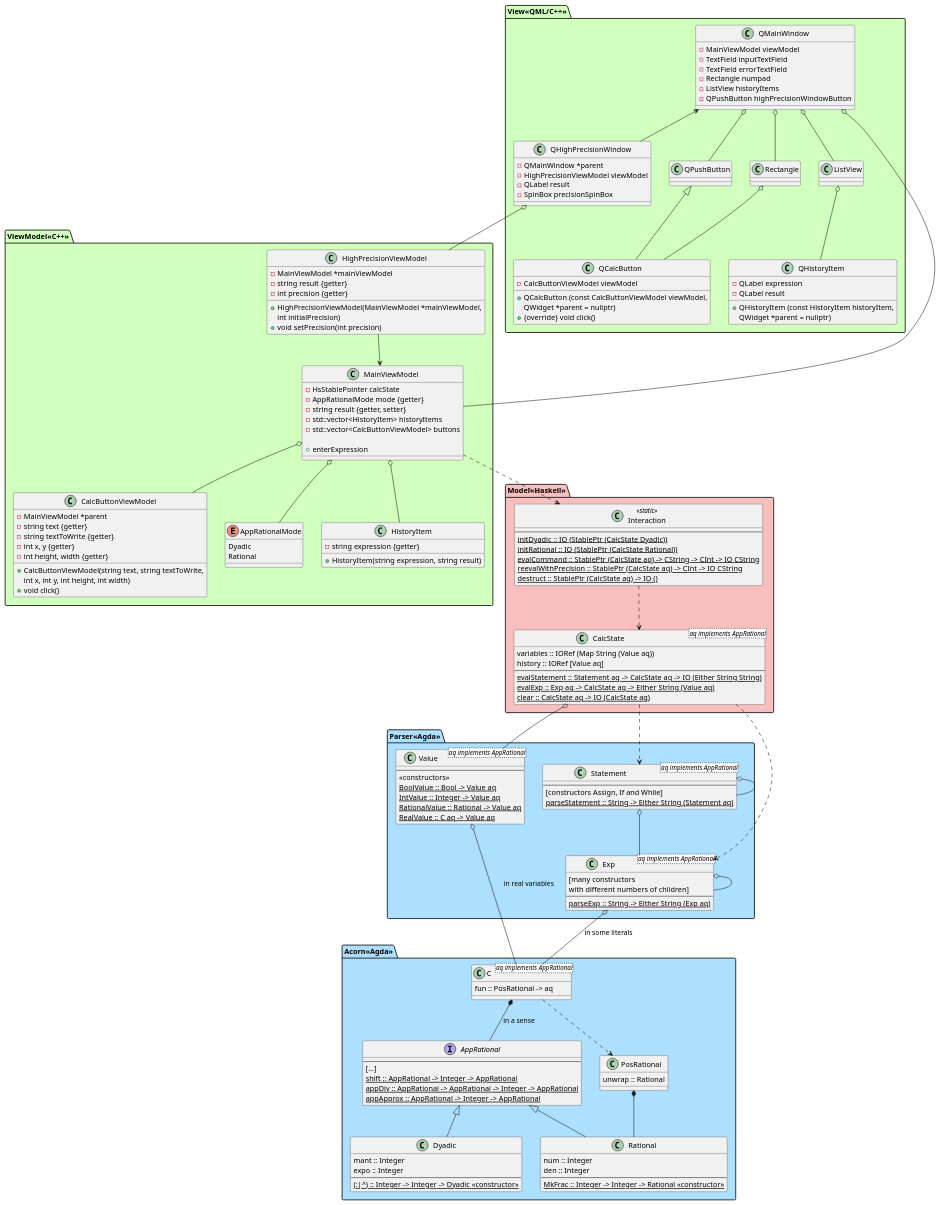
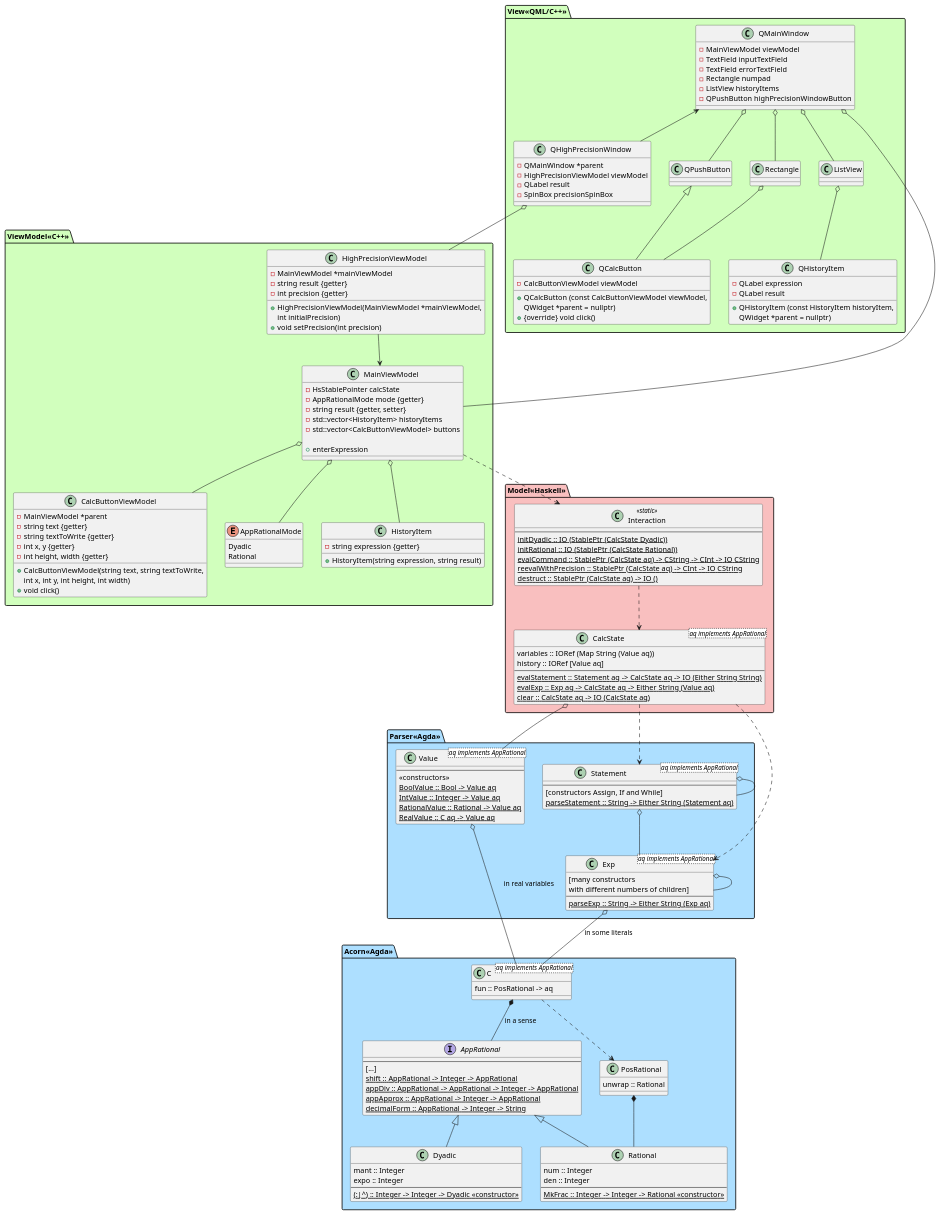
One commit to viktorcsimma/acorn-calc changed the diagram in docs/classes.puml. Above: the diagram before and after it, drawn with PlantUML. The commit also changed 2 other files, not shown here.

```diff
--- a/docs/classes.puml
+++ b/docs/classes.puml
@@ -180,6 +180,8 @@
         {static} shift :: AppRational -> Integer -> AppRational
         {static} appDiv :: AppRational -> AppRational -> Integer -> AppRational
         {static} appApprox :: AppRational -> Integer -> AppRational
+        ' rounds to a given number of decimals
+        {static} decimalForm :: AppRational -> Integer -> String
     }
 
     class C<aq implements AppRational> {
```
